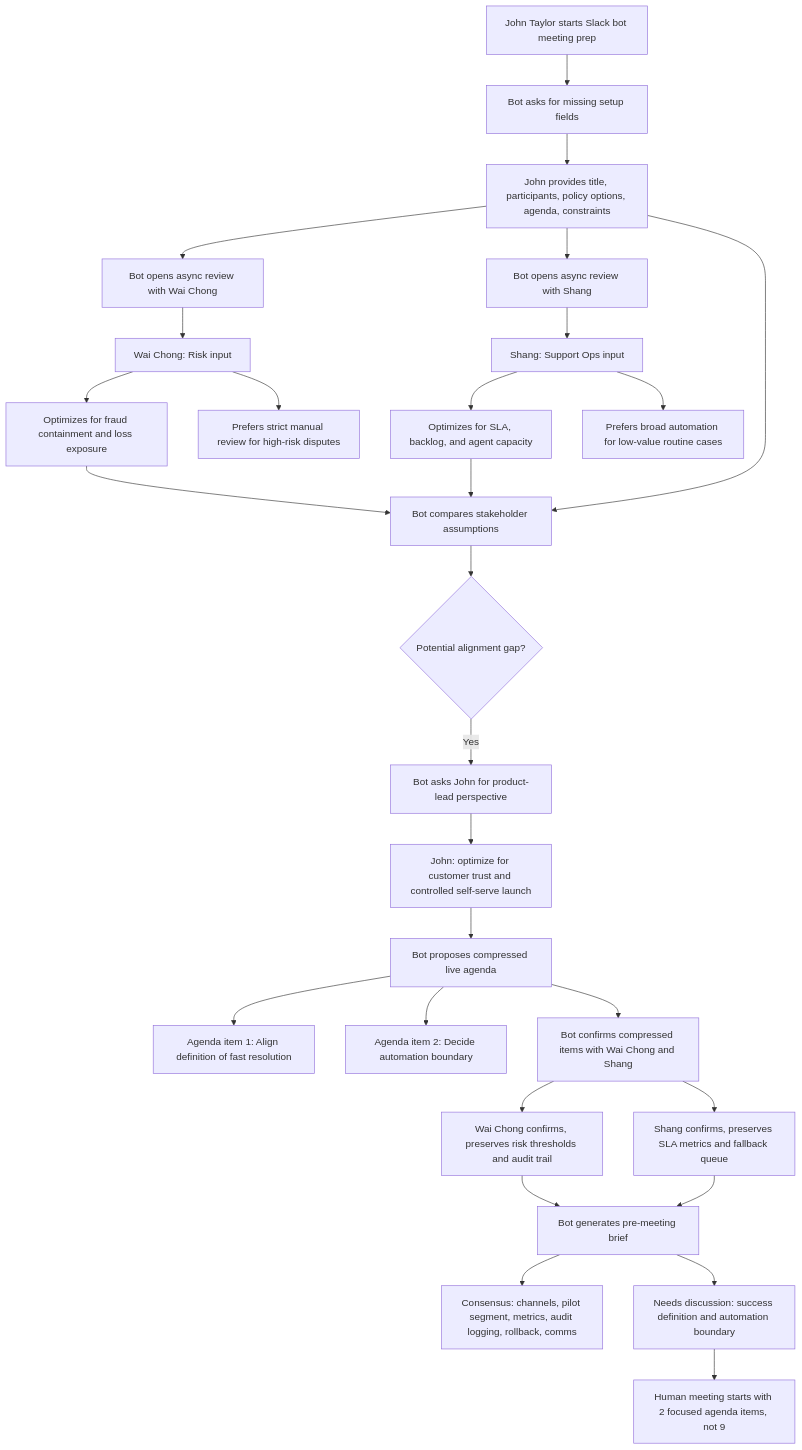
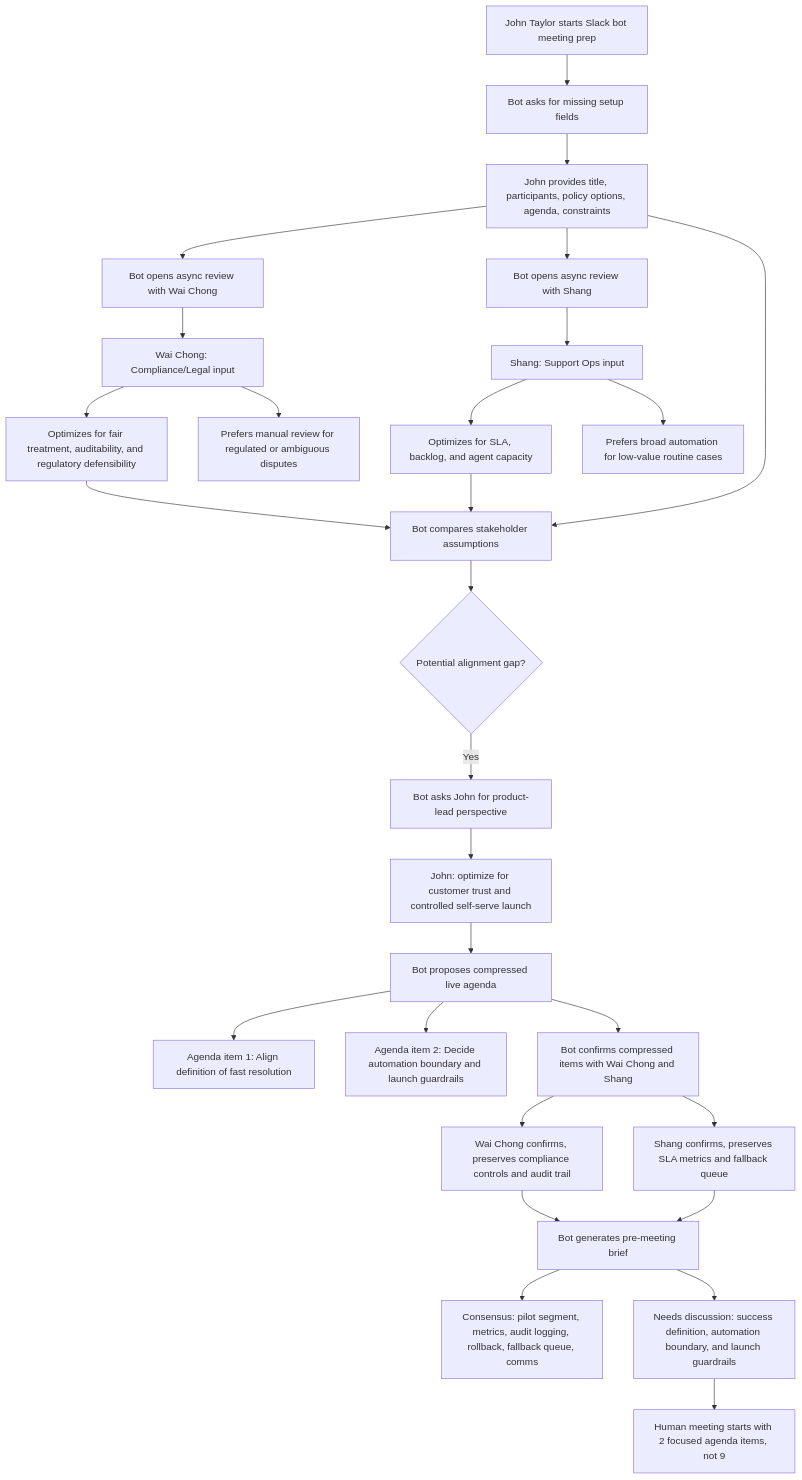
The diagram in docs/demo-scenario-shopee.md (leewaichong/opensea), drawn with Mermaid before and after one commit. The commit also changed other lines of this file, not shown here.

````diff
--- a/docs/demo-scenario-shopee.md
+++ b/docs/demo-scenario-shopee.md
@@ -25,38 +25,38 @@
 ```mermaid
 flowchart TD
     A[John Taylor starts Slack bot meeting prep] --> B[Bot asks for missing setup fields]
     B --> C[John provides title, participants, policy options, agenda, constraints]
     C --> D[Bot opens async review with Wai Chong]
     C --> E[Bot opens async review with Shang]
 
-    D --> F[Wai Chong: Risk input]
-    F --> F1[Optimizes for fraud containment and loss exposure]
-    F --> F2[Prefers strict manual review for high-risk disputes]
+    D --> F[Wai Chong: Compliance/Legal input]
+    F --> F1[Optimizes for fair treatment, auditability, and regulatory defensibility]
+    F --> F2[Prefers manual review for regulated or ambiguous disputes]
 
     E --> G[Shang: Support Ops input]
     G --> G1[Optimizes for SLA, backlog, and agent capacity]
     G --> G2[Prefers broad automation for low-value routine cases]
 
     F1 --> H[Bot compares stakeholder assumptions]
     G1 --> H
     C --> H
 
     H --> I{Potential alignment gap?}
     I -->|Yes| J[Bot asks John for product-lead perspective]
     J --> K[John: optimize for customer trust and controlled self-serve launch]
 
     K --> L[Bot proposes compressed live agenda]
     L --> M[Agenda item 1: Align definition of fast resolution]
-    L --> N[Agenda item 2: Decide automation boundary]
+    L --> N[Agenda item 2: Decide automation boundary and launch guardrails]
 
     L --> O[Bot confirms compressed items with Wai Chong and Shang]
-    O --> P[Wai Chong confirms, preserves risk thresholds and audit trail]
+    O --> P[Wai Chong confirms, preserves compliance controls and audit trail]
     O --> Q[Shang confirms, preserves SLA metrics and fallback queue]
 
     P --> R[Bot generates pre-meeting brief]
     Q --> R
-    R --> S[Consensus: channels, pilot segment, metrics, audit logging, rollback, comms]
-    R --> T[Needs discussion: success definition and automation boundary]
+    R --> S[Consensus: pilot segment, metrics, audit logging, rollback, fallback queue, comms]
+    R --> T[Needs discussion: success definition, automation boundary, and launch guardrails]
 
     T --> U[Human meeting starts with 2 focused agenda items, not 9]
 ```
````
